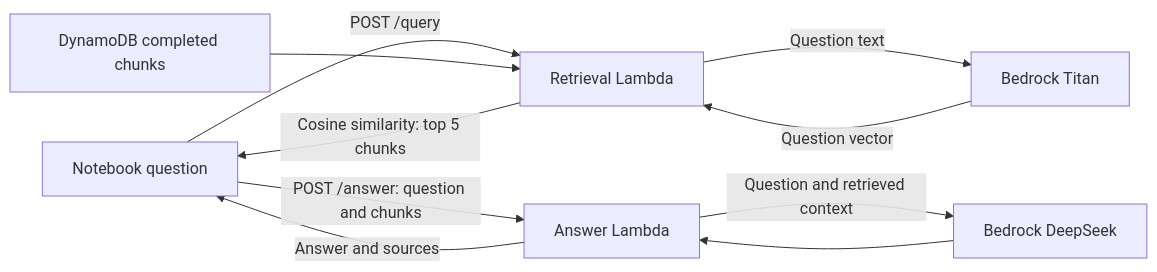
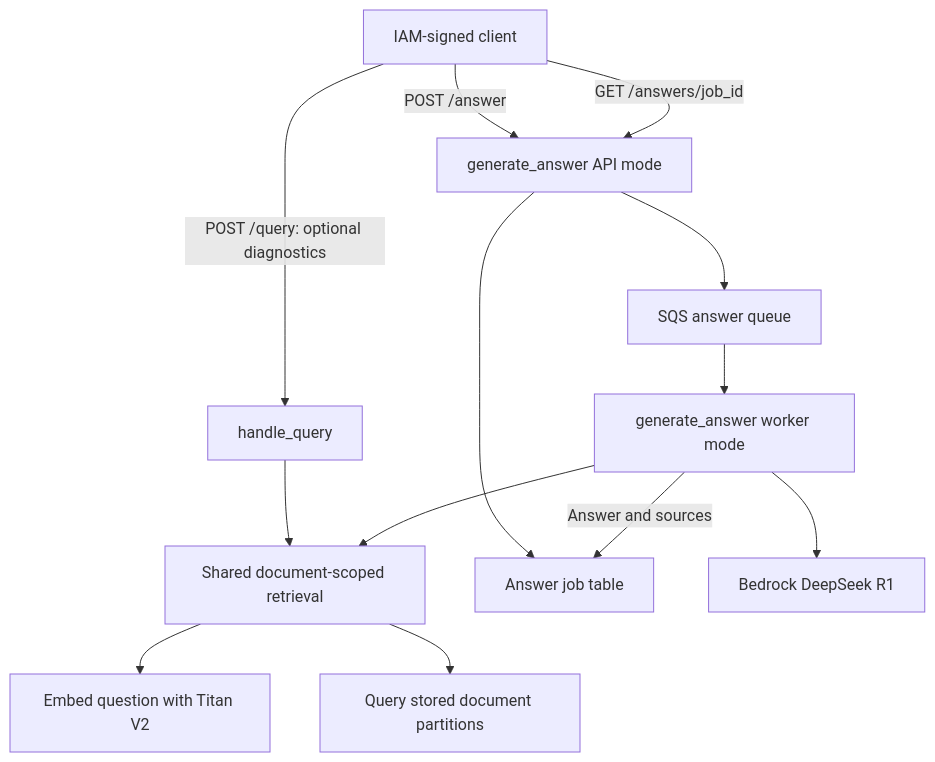
Before and after one commit to aryanorastar/UCS531-Cloud-Computing-Project: the second of 2 diagrams in ARCHITECTURE.md, drawn with Mermaid. The commit also changed other lines of this file and 38 other files, not shown here.

````diff
--- a/ARCHITECTURE.md
+++ b/ARCHITECTURE.md
@@ -52,12 +44,15 @@
 ```mermaid
-flowchart LR
-    Client[Notebook question] -->|POST /query| Retriever[Retrieval Lambda]
-    Retriever -->|Question text| Titan[Bedrock Titan]
-    Titan -->|Question vector| Retriever
-    DDB[DynamoDB completed chunks] --> Retriever
-    Retriever -->|Cosine similarity: top 5 chunks| Client
-    Client -->|POST /answer: question and chunks| Generator[Answer Lambda]
-    Generator -->|Question and retrieved context| Model[Bedrock DeepSeek]
-    Model --> Generator
-    Generator -->|Answer and sources| Client
+flowchart TD
+    Client[IAM-signed client] -->|POST /query: optional diagnostics| Query[handle_query]
+    Query --> Retrieval[Shared document-scoped retrieval]
+    Client -->|POST /answer| Answer[generate_answer API mode]
+    Answer --> Jobs[Answer job table]
+    Answer --> Queue[SQS answer queue]
+    Queue --> Worker[generate_answer worker mode]
+    Worker --> Retrieval
+    Retrieval --> Titan[Embed question with Titan V2]
+    Retrieval --> Chunks[Query stored document partitions]
+    Worker --> DeepSeek[Bedrock DeepSeek R1]
+    Worker -->|Answer and sources| Jobs
+    Client -->|GET /answers/job_id| Answer
 ```
````
